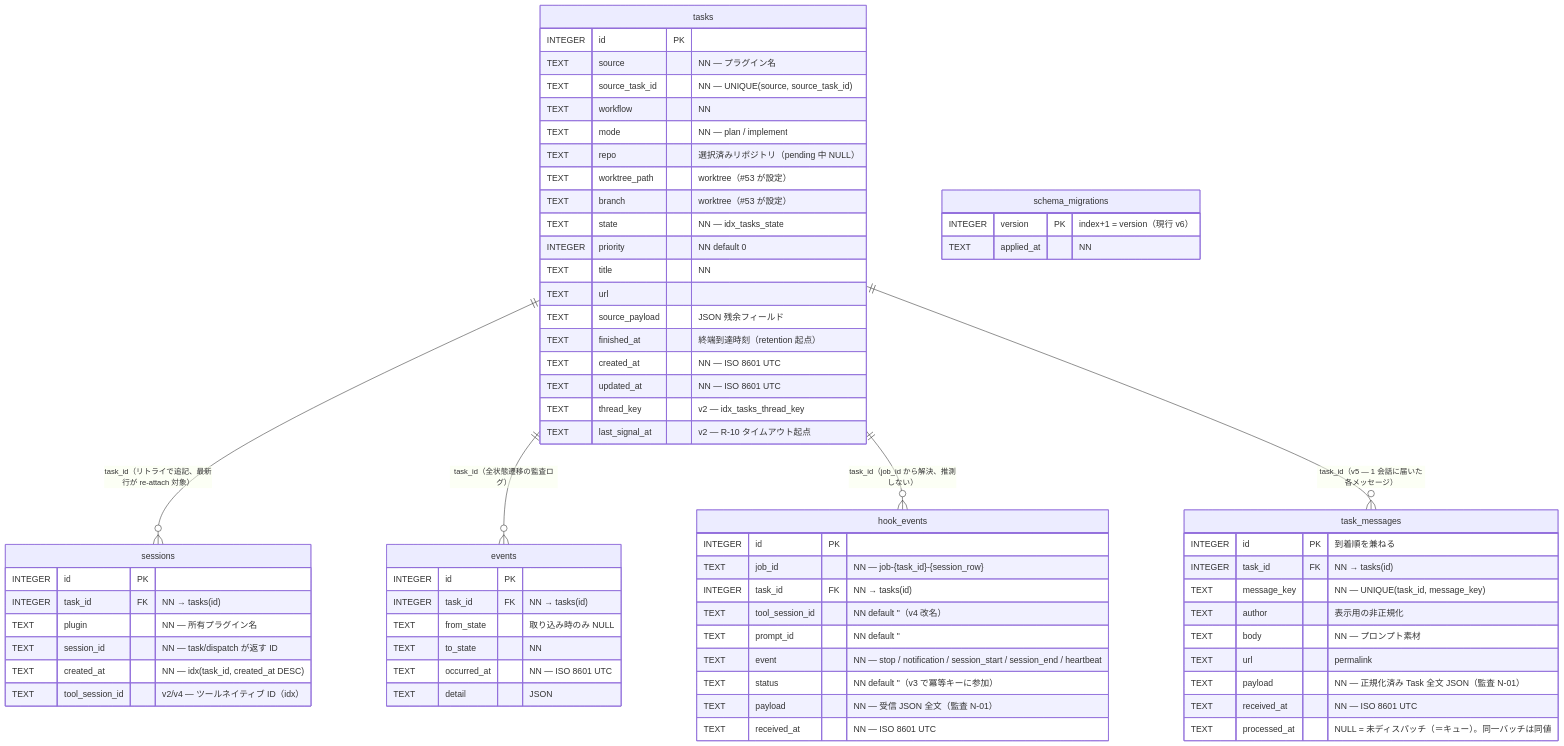
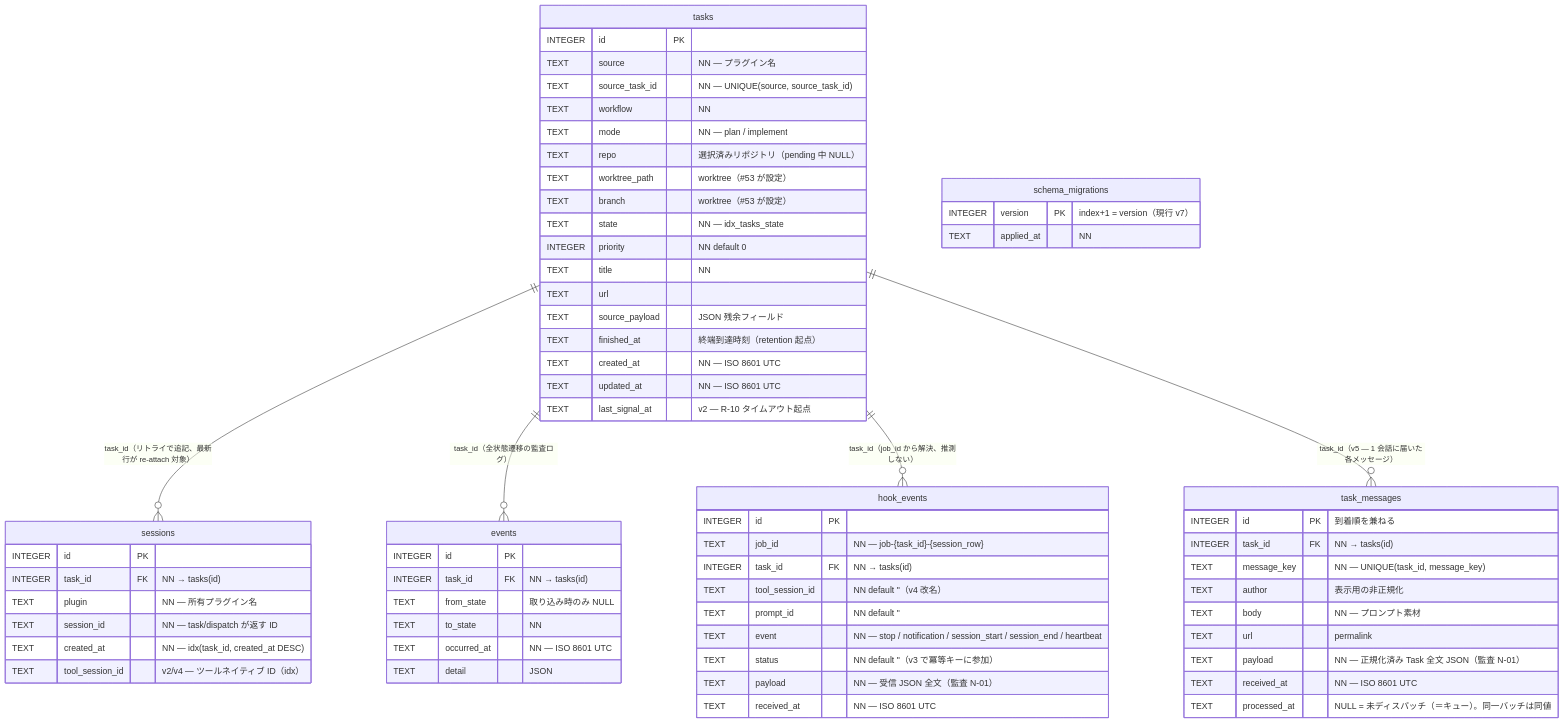
One commit to tomoya-k31/totsuka changed the diagram in docs/data/state-db.md. Above: the diagram before and after it, drawn with Mermaid. The commit also changed other lines of this file and 48 other files, not shown here.

First line of the commit message:
refactor: thread_key の撤去（protocol 0.3.0 + state.db v7） (#264) (#282)

````diff
--- a/docs/data/state-db.md
+++ b/docs/data/state-db.md
@@ -22,75 +22,74 @@
 ```mermaid
 erDiagram
     tasks ||--o{ sessions : "task_id（リトライで追記、最新行が re-attach 対象）"
     tasks ||--o{ events : "task_id（全状態遷移の監査ログ）"
     tasks ||--o{ hook_events : "task_id（job_id から解決、推測しない）"
     tasks ||--o{ task_messages : "task_id（v5 — 1 会話に届いた各メッセージ）"
 
     tasks {
         INTEGER id PK
         TEXT source "NN — プラグイン名"
         TEXT source_task_id "NN — UNIQUE(source, source_task_id)"
         TEXT workflow "NN"
         TEXT mode "NN — plan / implement"
         TEXT repo "選択済みリポジトリ（pending 中 NULL）"
         TEXT worktree_path "worktree（#53 が設定）"
         TEXT branch "worktree（#53 が設定）"
         TEXT state "NN — idx_tasks_state"
         INTEGER priority "NN default 0"
         TEXT title "NN"
         TEXT url
         TEXT source_payload "JSON 残余フィールド"
         TEXT finished_at "終端到達時刻（retention 起点）"
         TEXT created_at "NN — ISO 8601 UTC"
         TEXT updated_at "NN — ISO 8601 UTC"
-        TEXT thread_key "v2 — idx_tasks_thread_key"
         TEXT last_signal_at "v2 — R-10 タイムアウト起点"
     }
 
     sessions {
         INTEGER id PK
         INTEGER task_id FK "NN → tasks(id)"
         TEXT plugin "NN — 所有プラグイン名"
         TEXT session_id "NN — task/dispatch が返す ID"
         TEXT created_at "NN — idx(task_id, created_at DESC)"
         TEXT tool_session_id "v2/v4 — ツールネイティブ ID（idx）"
     }
 
     events {
         INTEGER id PK
         INTEGER task_id FK "NN → tasks(id)"
         TEXT from_state "取り込み時のみ NULL"
         TEXT to_state "NN"
         TEXT occurred_at "NN — ISO 8601 UTC"
         TEXT detail "JSON"
     }
 
     hook_events {
         INTEGER id PK
         TEXT job_id "NN — job-{task_id}-{session_row}"
         INTEGER task_id FK "NN → tasks(id)"
         TEXT tool_session_id "NN default ''（v4 改名）"
         TEXT prompt_id "NN default ''"
         TEXT event "NN — stop / notification / session_start / session_end / heartbeat"
         TEXT status "NN default ''（v3 で冪等キーに参加）"
         TEXT payload "NN — 受信 JSON 全文（監査 N-01）"
         TEXT received_at "NN — ISO 8601 UTC"
     }
 
     task_messages {
         INTEGER id PK "到着順を兼ねる"
         INTEGER task_id FK "NN → tasks(id)"
         TEXT message_key "NN — UNIQUE(task_id, message_key)"
         TEXT author "表示用の非正規化"
         TEXT body "NN — プロンプト素材"
         TEXT url "permalink"
         TEXT payload "NN — 正規化済み Task 全文 JSON（監査 N-01）"
         TEXT received_at "NN — ISO 8601 UTC"
         TEXT processed_at "NULL = 未ディスパッチ（＝キュー）。同一バッチは同値"
     }
 
     schema_migrations {
-        INTEGER version PK "index+1 = version（現行 v6）"
+        INTEGER version PK "index+1 = version（現行 v7）"
         TEXT applied_at "NN"
     }
 ```
````
